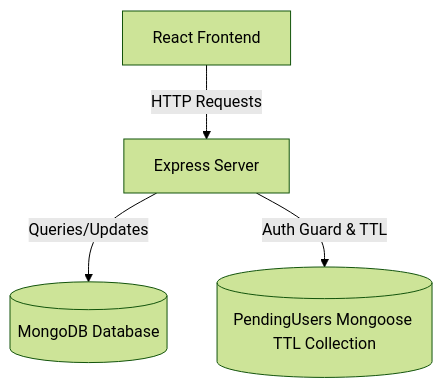
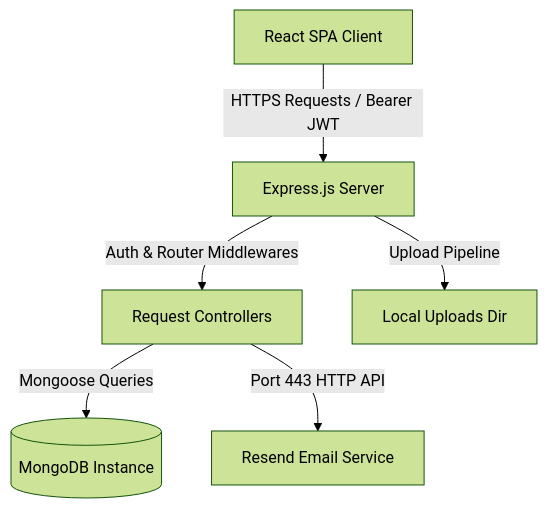
The first of 2 diagrams in system_documentation.md (AhsanFayyaz13/MedEasy), drawn with Mermaid (forest theme) before and after one commit. The commit also changed other lines of this file and 1 other file, not shown here.

````diff
--- a/system_documentation.md
+++ b/system_documentation.md
@@ -14,6 +25,8 @@
 ```mermaid
 graph TD
-    Client[React Frontend] -->|HTTP Requests| Express[Express Server]
-    Express -->|Queries/Updates| Mongo[(MongoDB Database)]
-    Express -->|Auth Guard & TTL| PendingCol[(PendingUsers Mongoose TTL Collection)]
+    Client[React SPA Client] -->|HTTPS Requests / Bearer JWT| Express[Express.js Server]
+    Express -->|Auth & Router Middlewares| Controllers[Request Controllers]
+    Controllers -->|Mongoose Queries| Mongo[(MongoDB Instance)]
+    Controllers -->|Port 443 HTTP API| Resend[Resend Email Service]
+    Express -->|Upload Pipeline| FS[Local Uploads Dir]
 ```
````
